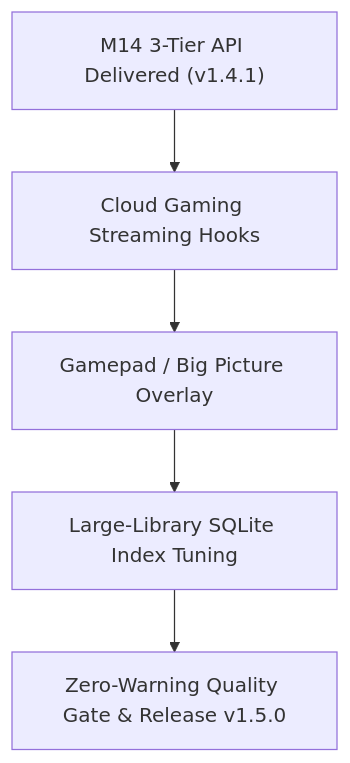
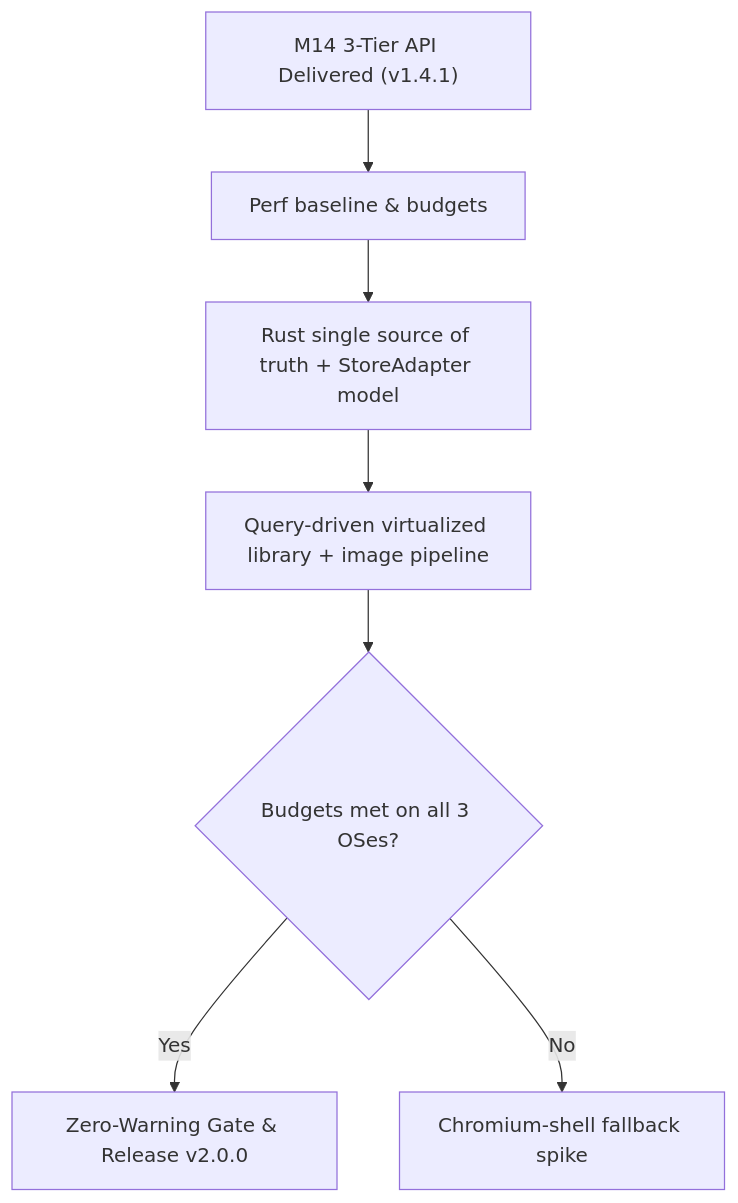
Before and after one commit to HELIX-Origin/universal-game-launcher: the diagram in ROADMAP.md, drawn with Mermaid. The commit also changed other lines of this file and 15 other files, not shown here.

First line of the commit message:
feat: re-architect core for performance and introduce benchmarking

````diff
--- a/ROADMAP.md
+++ b/ROADMAP.md
@@ -47,7 +50,9 @@
 ```mermaid
 flowchart TD
-    M14_Done["M14 3-Tier API Delivered (v1.4.1)"] --> M15_Cloud["Cloud Gaming Streaming Hooks"]
-    M15_Cloud --> M15_Pad["Gamepad / Big Picture Overlay"]
-    M15_Pad --> M15_Perf["Large-Library SQLite Index Tuning"]
-    M15_Perf --> Gate["Zero-Warning Quality Gate & Release v1.5.0"]
+    M14_Done["M14 3-Tier API Delivered (v1.4.1)"] --> M15_Base["Perf baseline & budgets"]
+    M15_Base --> M15_Core["Rust single source of truth + StoreAdapter model"]
+    M15_Core --> M15_UI["Query-driven virtualized library + image pipeline"]
+    M15_UI --> Gate{"Budgets met on all 3 OSes?"}
+    Gate -- Yes --> Rel["Zero-Warning Gate & Release v2.0.0"]
+    Gate -- No --> Shell["Chromium-shell fallback spike"]
 ```
````
